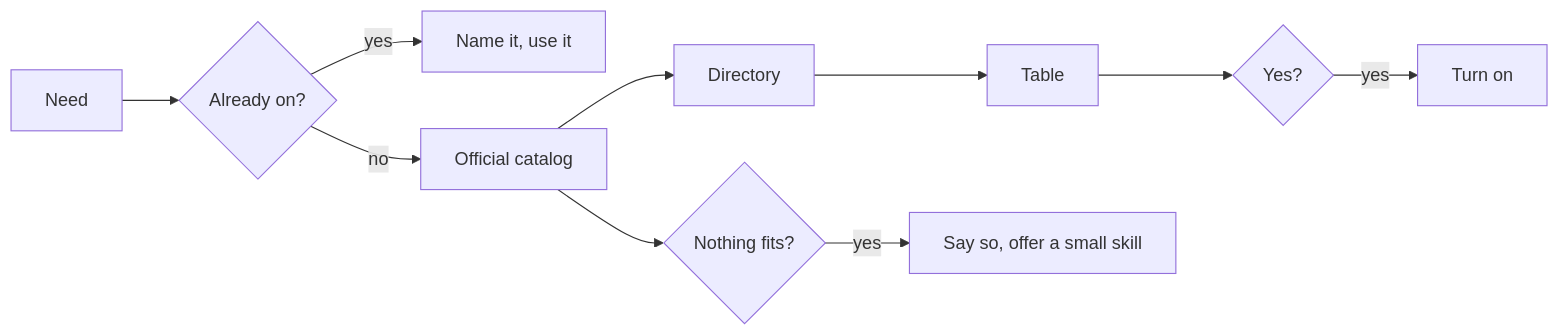
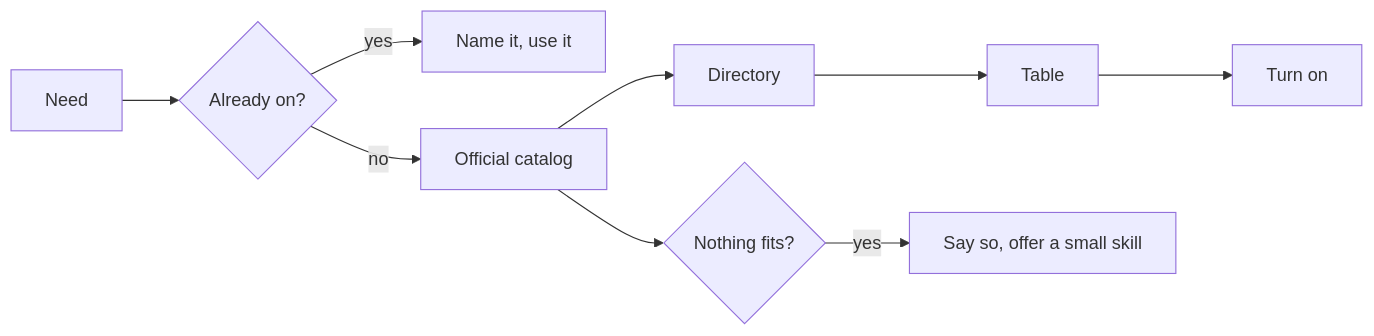
One commit to Colorado-Startups/claudius changed the diagram in plugin/skills/find-plugin/SKILL.md. Above: the diagram before and after it, drawn with Mermaid. The commit also changed other lines of this file and 13 other files, not shown here.

````diff
--- a/plugin/skills/find-plugin/SKILL.md
+++ b/plugin/skills/find-plugin/SKILL.md
@@ -17,6 +17,6 @@
 ```mermaid
 flowchart LR
   N[Need] --> O{Already on?} -->|yes| U[Name it, use it]
-  O -->|no| C[Official catalog] --> D[Directory] --> T[Table] --> Y{Yes?} -->|yes| I[Turn on]
+  O -->|no| C[Official catalog] --> D[Directory] --> T[Table] --> I[Turn on]
   C --> G{Nothing fits?} -->|yes| S[Say so, offer a small skill]
 ```
````
